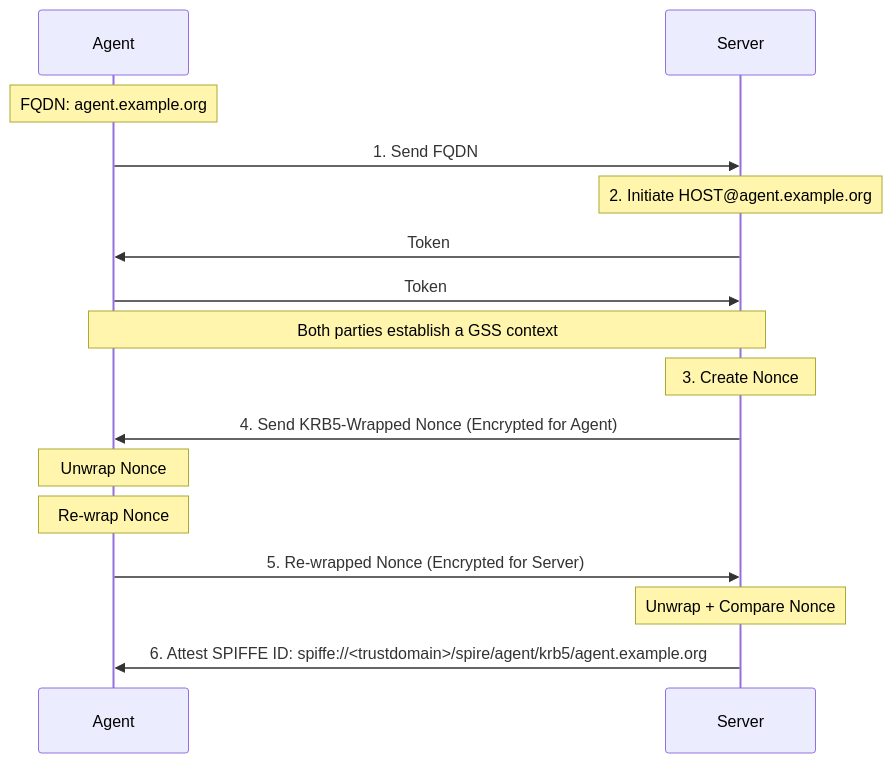
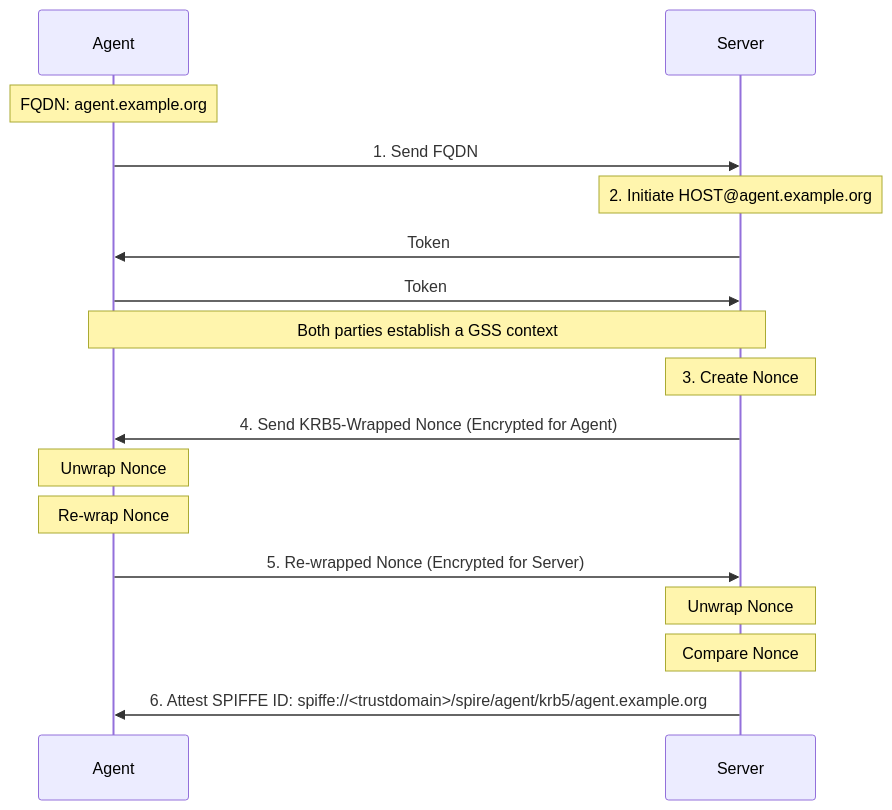
Before and after one commit to davidvoit/spire-krb5-nodeattestor: the diagram in README.md, drawn with Mermaid.

Commit message:
If Unwrap + re-wrap are two notes than Unwrap + Compare should also be two Notes

````diff
--- a/README.md
+++ b/README.md
@@ -34,24 +34,25 @@
 ```mermaid
 sequenceDiagram
     participant A as Agent
     participant S as Server
 
     Note over A: FQDN: agent.example.org
     A->>S: 1. Send FQDN
 
     Note over S: 2. Initiate HOST@agent.example.org
 
     S->>A: Token
     A->>S: Token
     Note over A,S: Both parties establish a GSS context
 
     Note over S: 3. Create Nonce
 
     S->>A: 4. Send KRB5-Wrapped Nonce (Encrypted for Agent) 
     Note over A: Unwrap Nonce
     Note over A: Re-wrap Nonce
     A->>S: 5. Re-wrapped Nonce (Encrypted for Server)
-    Note over S: Unwrap + Compare Nonce
+    Note over S: Unwrap Nonce
+    Note over S: Compare Nonce
 
     S->>A: 6. Attest SPIFFE ID: spiffe://<trustdomain>/spire/agent/krb5/agent.example.org
 ```
````
